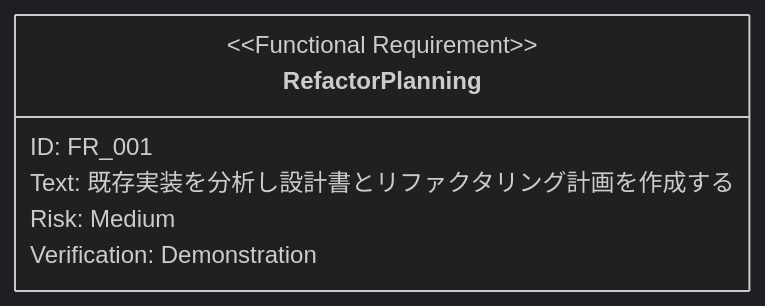
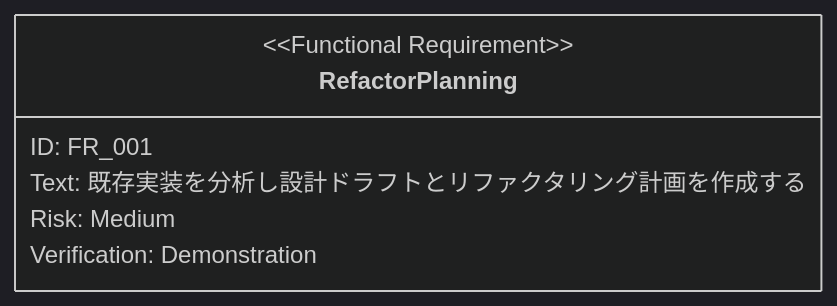
Before and after one commit to ToshikiImagawa/ai-sdd-workflow-dev: the second of 2 diagrams in .sdd/requirement/spec-design/plan-refactor.md, drawn with Mermaid. The commit also changed other lines of this file and 20 other files, not shown here.

````diff
--- a/.sdd/requirement/spec-design/plan-refactor.md
+++ b/.sdd/requirement/spec-design/plan-refactor.md
@@ -72,10 +78,10 @@
 ```mermaid
 %%{init: {'theme': 'dark'}}%%
 requirementDiagram
     functionalRequirement RefactorPlanning {
         id: FR_001
-        text: "既存実装を分析し設計書とリファクタリング計画を作成する"
+        text: "既存実装を分析し設計ドラフトとリファクタリング計画を作成する"
         risk: medium
         verifymethod: demonstration
     }
 ```
````
